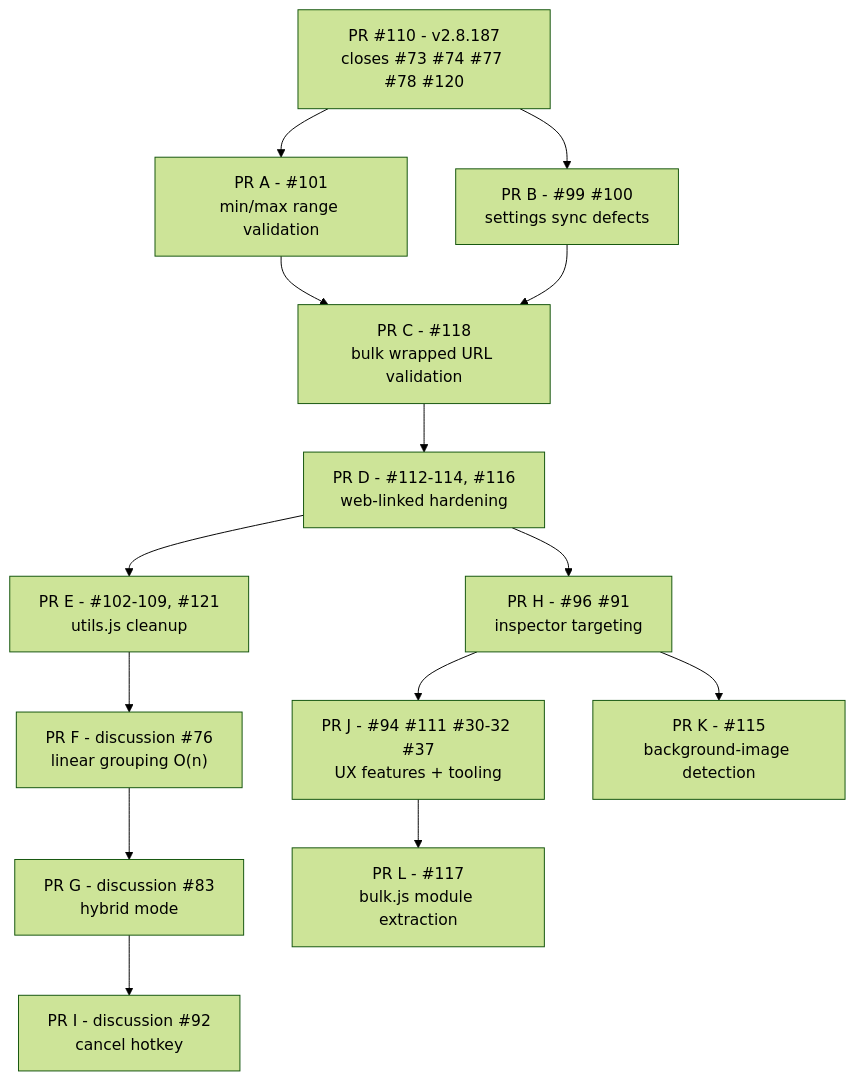
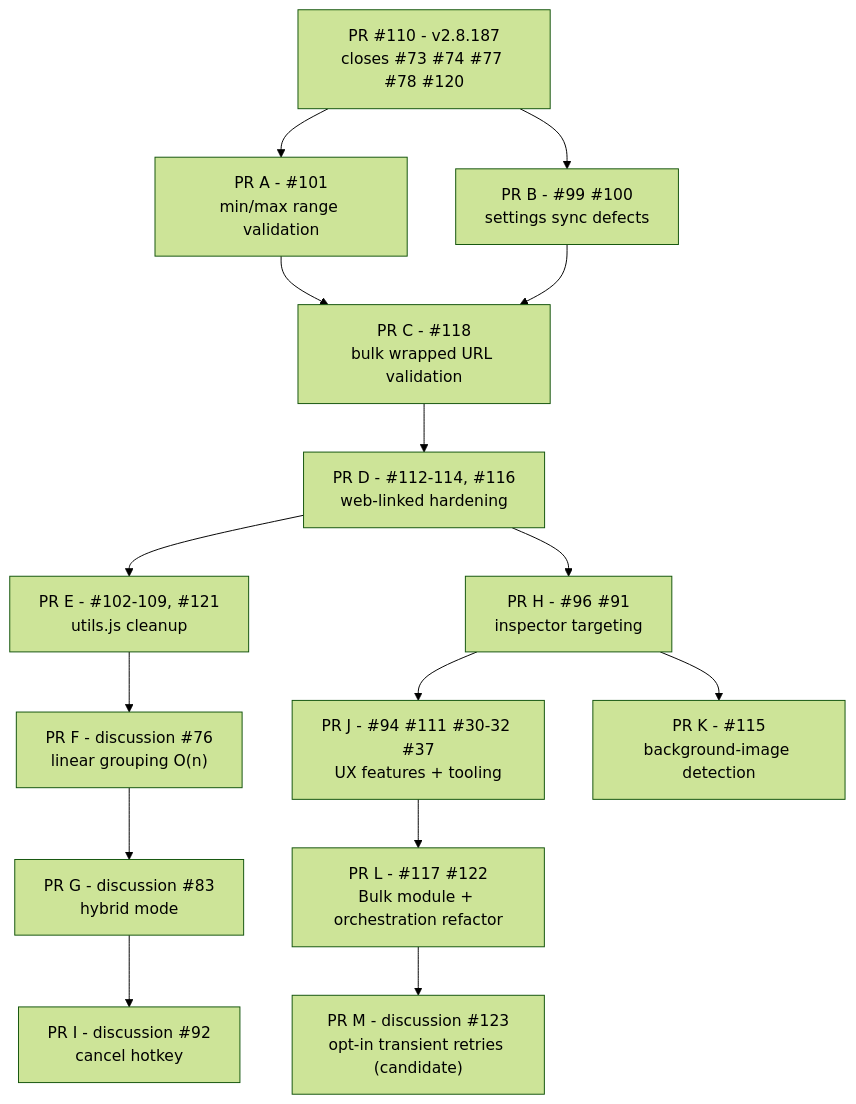
The diagram in docs/ROADMAP.md (del-Pacifico/Mass-Image-Downloader), drawn with Mermaid (forest theme) before and after one commit. The commit also changed other lines of this file and 1 other file, not shown here.

Commit message:
docs(roadmap): schedule bulk refactor and retry candidate (#122)

````diff
--- a/docs/ROADMAP.md
+++ b/docs/ROADMAP.md
@@ -59,16 +60,17 @@
 ```mermaid
 graph TD
     PR110["PR #110 - v2.8.187<br/>closes #73 #74 #77 #78 #120"] --> PRA["PR A - #101<br/>min/max range validation"]
     PR110 --> PRB["PR B - #99 #100<br/>settings sync defects"]
     PRA --> PRC["PR C - #118<br/>bulk wrapped URL validation"]
     PRB --> PRC
     PRC --> PRD["PR D - #112-114, #116<br/>web-linked hardening"]
     PRD --> PRE["PR E - #102-109, #121<br/>utils.js cleanup"]
     PRE --> PRF["PR F - discussion #76<br/>linear grouping O(n)"]
     PRF --> PRG["PR G - discussion #83<br/>hybrid mode"]
     PRD --> PRH["PR H - #96 #91<br/>inspector targeting"]
     PRG --> PRI["PR I - discussion #92<br/>cancel hotkey"]
     PRH --> PRJ["PR J - #94 #111 #30-32 #37<br/>UX features + tooling"]
     PRH --> PRK["PR K - #115<br/>background-image detection"]
-    PRJ --> PRL["PR L - #117<br/>bulk.js module extraction"]
+    PRJ --> PRL["PR L - #117 #122<br/>Bulk module + orchestration refactor"]
+    PRL --> PRM["PR M - discussion #123<br/>opt-in transient retries (candidate)"]
 ```
````
